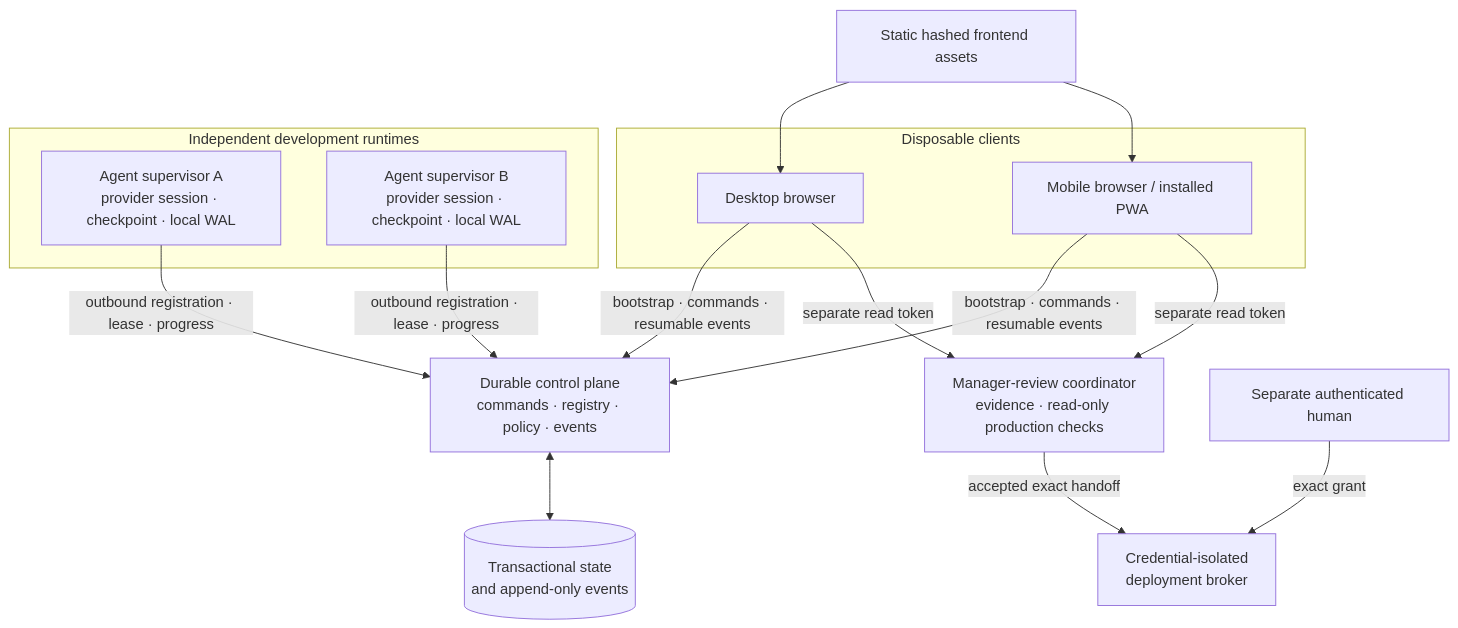
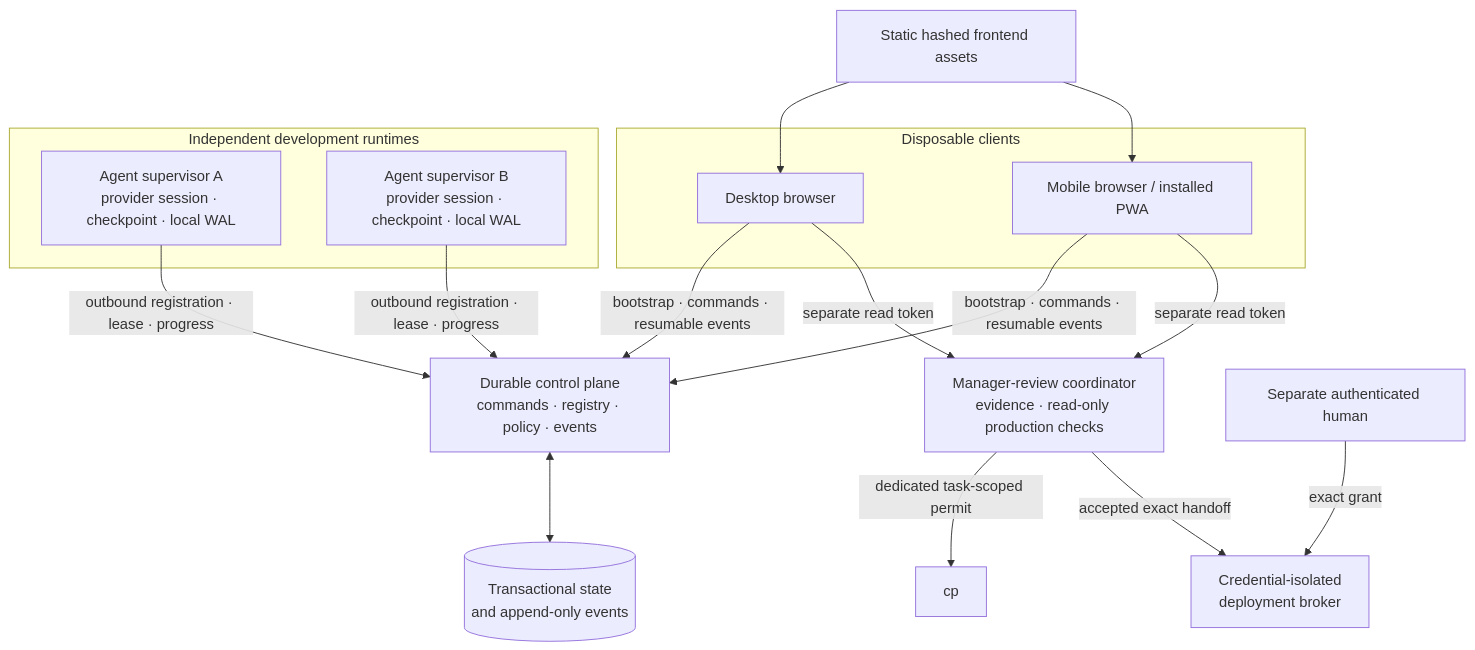
The diagram in docs/FRONTEND_CONTROL_PLANE.md (jsongga/nexus-seventeen), drawn with Mermaid before and after one commit. The commit also changed other lines of this file and 74 other files, not shown here.

````diff
--- a/docs/FRONTEND_CONTROL_PLANE.md
+++ b/docs/FRONTEND_CONTROL_PLANE.md
@@ -31,31 +31,32 @@
 ```mermaid
 flowchart TB
     subgraph clients[Disposable clients]
         desktop[Desktop browser]
         mobile[Mobile browser / installed PWA]
     end
 
     assets[Static hashed frontend assets]
     control[Durable control plane\ncommands · registry · policy · events]
     store[(Transactional state\nand append-only events)]
     review[Manager-review coordinator\nevidence · read-only production checks]
     broker[Credential-isolated\ndeployment broker]
     human[Separate authenticated human]
 
     subgraph runtimes[Independent development runtimes]
         supervisorA[Agent supervisor A\nprovider session · checkpoint · local WAL]
         supervisorB[Agent supervisor B\nprovider session · checkpoint · local WAL]
     end
 
     assets --> desktop
     assets --> mobile
     desktop -->|bootstrap · commands · resumable events| control
     mobile -->|bootstrap · commands · resumable events| control
     desktop -->|separate read token| review
     mobile -->|separate read token| review
+    review -->|dedicated task-scoped permit| cp
     control <--> store
     supervisorA -->|outbound registration · lease · progress| control
     supervisorB -->|outbound registration · lease · progress| control
     review -->|accepted exact handoff| broker
     human -->|exact grant| broker
 ```
````
